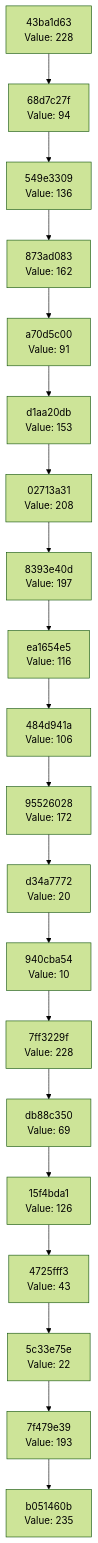
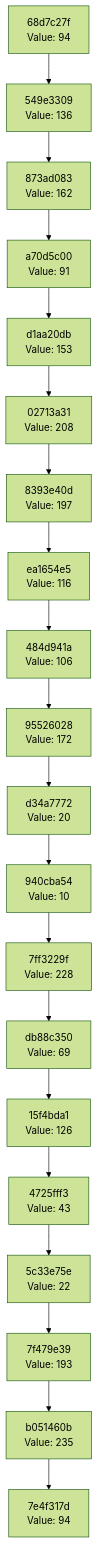
The diagram in docs/CHAIN_VISUALIZATION.md (Abhisheksinha1506/hash-chain-evolver), drawn with Mermaid (forest theme) before and after one commit. The commit also changed 3 other files, not shown here.

````diff
--- a/docs/CHAIN_VISUALIZATION.md
+++ b/docs/CHAIN_VISUALIZATION.md
@@ -3,42 +3,42 @@
 ```mermaid
 graph TD
-    C0["b051460b<br/>Value: 235"]
-    C1["7f479e39<br/>Value: 193"]
+    C0["7e4f317d<br/>Value: 94"]
+    C1["b051460b<br/>Value: 235"]
     C1 --> C0
-    C2["5c33e75e<br/>Value: 22"]
+    C2["7f479e39<br/>Value: 193"]
     C2 --> C1
-    C3["4725fff3<br/>Value: 43"]
+    C3["5c33e75e<br/>Value: 22"]
     C3 --> C2
-    C4["15f4bda1<br/>Value: 126"]
+    C4["4725fff3<br/>Value: 43"]
     C4 --> C3
-    C5["db88c350<br/>Value: 69"]
+    C5["15f4bda1<br/>Value: 126"]
     C5 --> C4
-    C6["7ff3229f<br/>Value: 228"]
+    C6["db88c350<br/>Value: 69"]
     C6 --> C5
-    C7["940cba54<br/>Value: 10"]
+    C7["7ff3229f<br/>Value: 228"]
     C7 --> C6
-    C8["d34a7772<br/>Value: 20"]
+    C8["940cba54<br/>Value: 10"]
     C8 --> C7
-    C9["95526028<br/>Value: 172"]
+    C9["d34a7772<br/>Value: 20"]
     C9 --> C8
-    C10["484d941a<br/>Value: 106"]
+    C10["95526028<br/>Value: 172"]
     C10 --> C9
-    C11["ea1654e5<br/>Value: 116"]
+    C11["484d941a<br/>Value: 106"]
     C11 --> C10
-    C12["8393e40d<br/>Value: 197"]
+    C12["ea1654e5<br/>Value: 116"]
     C12 --> C11
-    C13["02713a31<br/>Value: 208"]
+    C13["8393e40d<br/>Value: 197"]
     C13 --> C12
-    C14["d1aa20db<br/>Value: 153"]
+    C14["02713a31<br/>Value: 208"]
     C14 --> C13
-    C15["a70d5c00<br/>Value: 91"]
+    C15["d1aa20db<br/>Value: 153"]
     C15 --> C14
-    C16["873ad083<br/>Value: 162"]
+    C16["a70d5c00<br/>Value: 91"]
     C16 --> C15
-    C17["549e3309<br/>Value: 136"]
+    C17["873ad083<br/>Value: 162"]
     C17 --> C16
-    C18["68d7c27f<br/>Value: 94"]
+    C18["549e3309<br/>Value: 136"]
     C18 --> C17
-    C19["43ba1d63<br/>Value: 228"]
+    C19["68d7c27f<br/>Value: 94"]
     C19 --> C18
 ```
````
